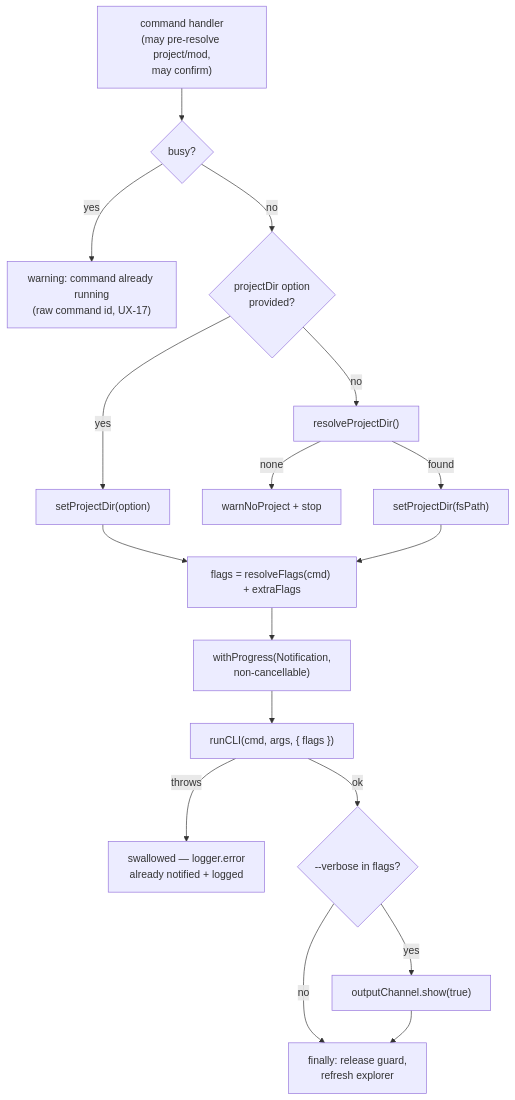
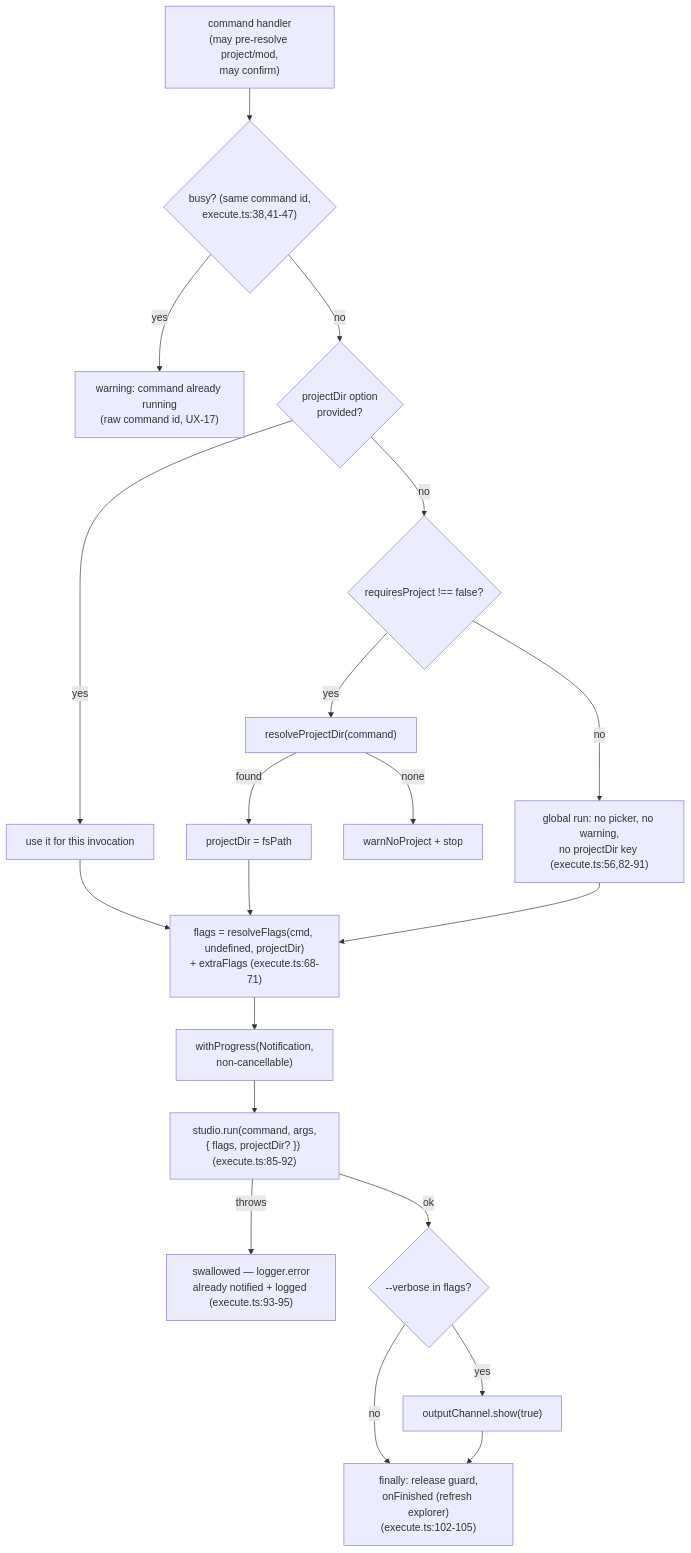
One commit to escapepz/pzstudio changed the first of 3 diagrams in docs/vscode-extension/04-command-flows.md. Above: the diagram before and after it, drawn with Mermaid. The commit also changed other lines of this file and 55 other files, not shown here.

````diff
--- a/docs/vscode-extension/04-command-flows.md
+++ b/docs/vscode-extension/04-command-flows.md
@@ -15,19 +15,22 @@
 ```mermaid
 flowchart TD
-    C["command handler<br/>(may pre-resolve project/mod,<br/>may confirm)"] --> G{"busy?"}
+    C["command handler<br/>(may pre-resolve project/mod,<br/>may confirm)"] --> G{"busy? (same command id,<br/>execute.ts:38,41-47)"}
     G -- yes --> W["warning: command already running<br/>(raw command id, UX-17)"]
     G -- no --> P{"projectDir option<br/>provided?"}
-    P -- yes --> A["setProjectDir(option)"]
-    P -- no --> RES["resolveProjectDir()"]
+    P -- yes --> A["use it for this invocation"]
+    P -- no --> RP{"requiresProject !== false?"}
+    RP -- no --> GLB["global run: no picker, no warning,<br/>no projectDir key (execute.ts:56,82-91)"]
+    RP -- yes --> RES["resolveProjectDir(command)"]
     RES -- none --> WN["warnNoProject + stop"]
-    RES -- found --> A2["setProjectDir(fsPath)"]
-    A --> F["flags = resolveFlags(cmd) + extraFlags"]
+    RES -- found --> A2["projectDir = fsPath"]
+    A --> F["flags = resolveFlags(cmd, undefined, projectDir)<br/>+ extraFlags (execute.ts:68-71)"]
     A2 --> F
+    GLB --> F
     F --> PR["withProgress(Notification,<br/>non-cancellable)"]
-    PR --> R["runCLI(cmd, args, { flags })"]
-    R -- throws --> SW["swallowed — logger.error<br/>already notified + logged"]
+    PR --> R["studio.run(command, args,<br/>{ flags, projectDir? }) (execute.ts:85-92)"]
+    R -- throws --> SW["swallowed — logger.error<br/>already notified + logged (execute.ts:93-95)"]
     R -- ok --> V{"--verbose in flags?"}
     V -- yes --> SHOW["outputChannel.show(true)"]
     V -- no --> DONE
-    SHOW --> DONE["finally: release guard,<br/>refresh explorer"]
+    SHOW --> DONE["finally: release guard,<br/>onFinished (refresh explorer)<br/>(execute.ts:102-105)"]
 ```
````
